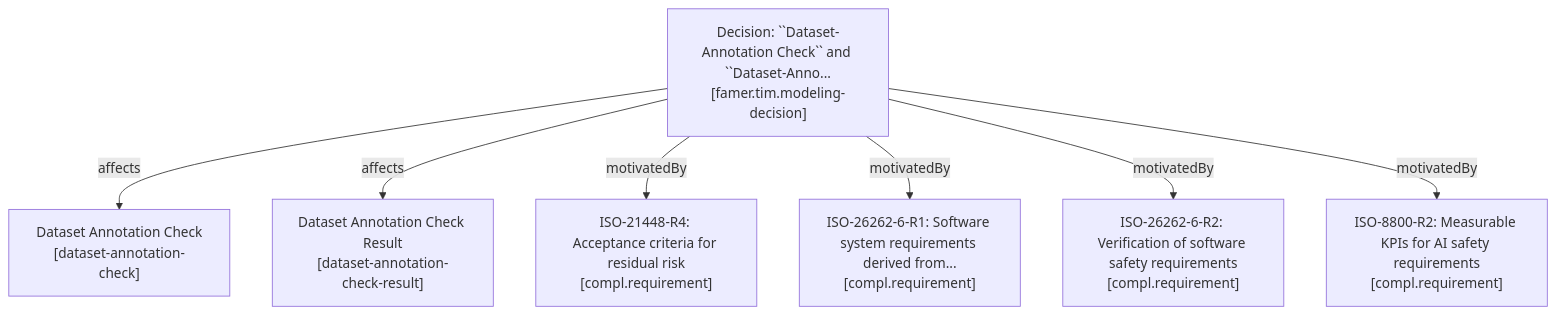
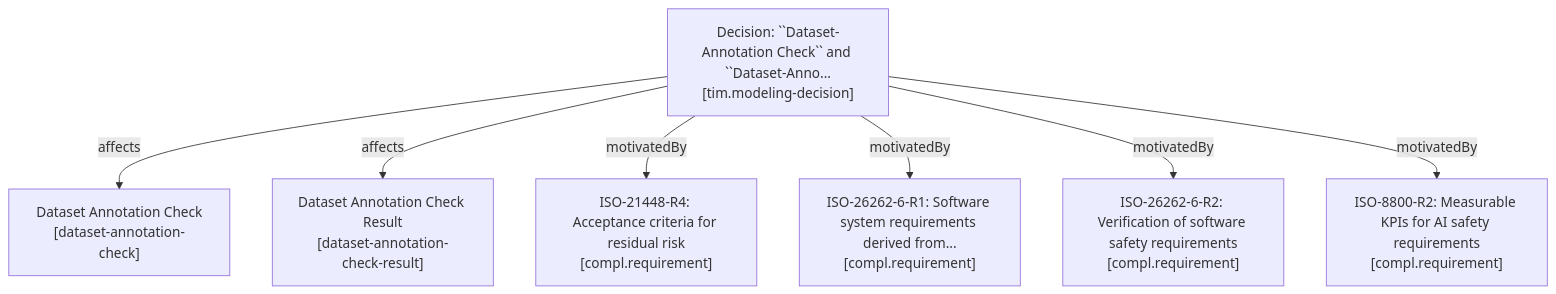
The second of 2 diagrams in README.md (ffi-famer/famer-tim), drawn with Mermaid before and after one commit. The commit also changed other lines of this file and 11 other files, not shown here.

````diff
--- a/README.md
+++ b/README.md
@@ -165,16 +165,16 @@
 ```mermaid
 graph TD
-    b44158eee5584f63818c1a70f869f879["Decision: ``Dataset-Annotation Check`` and ``Dataset-Anno...<br/>[famer.tim.modeling-decision]"]
+    b44158eee5584f63818c1a70f869f879["Decision: ``Dataset-Annotation Check`` and ``Dataset-Anno...<br/>[tim.modeling-decision]"]
     9f336b1a28b7439899012241f15623ec["Dataset Annotation Check<br/>[dataset-annotation-check]"]
     b44158eee5584f63818c1a70f869f879 -->|affects| 9f336b1a28b7439899012241f15623ec
     7b8e858a6fe84f67843584e2f2ba8929["Dataset Annotation Check Result<br/>[dataset-annotation-check-result]"]
     b44158eee5584f63818c1a70f869f879 -->|affects| 7b8e858a6fe84f67843584e2f2ba8929
     7513380ac18611f0ac17467a017f3d7d["ISO-21448-R4: Acceptance criteria for residual risk<br/>[compl.requirement]"]
     b44158eee5584f63818c1a70f869f879 -->|motivatedBy| 7513380ac18611f0ac17467a017f3d7d
     47174abc01b011f1ad2f467a017f3d7d["ISO-26262-6-R1: Software system requirements derived from...<br/>[compl.requirement]"]
     b44158eee5584f63818c1a70f869f879 -->|motivatedBy| 47174abc01b011f1ad2f467a017f3d7d
     47e7ac2a01b011f1949d467a017f3d7d["ISO-26262-6-R2: Verification of software safety requirements<br/>[compl.requirement]"]
     b44158eee5584f63818c1a70f869f879 -->|motivatedBy| 47e7ac2a01b011f1949d467a017f3d7d
     0e53f83ec7d011f0a761467a017f3d7d["ISO-8800-R2: Measurable KPIs for AI safety requirements<br/>[compl.requirement]"]
     b44158eee5584f63818c1a70f869f879 -->|motivatedBy| 0e53f83ec7d011f0a761467a017f3d7d
 ```
````
